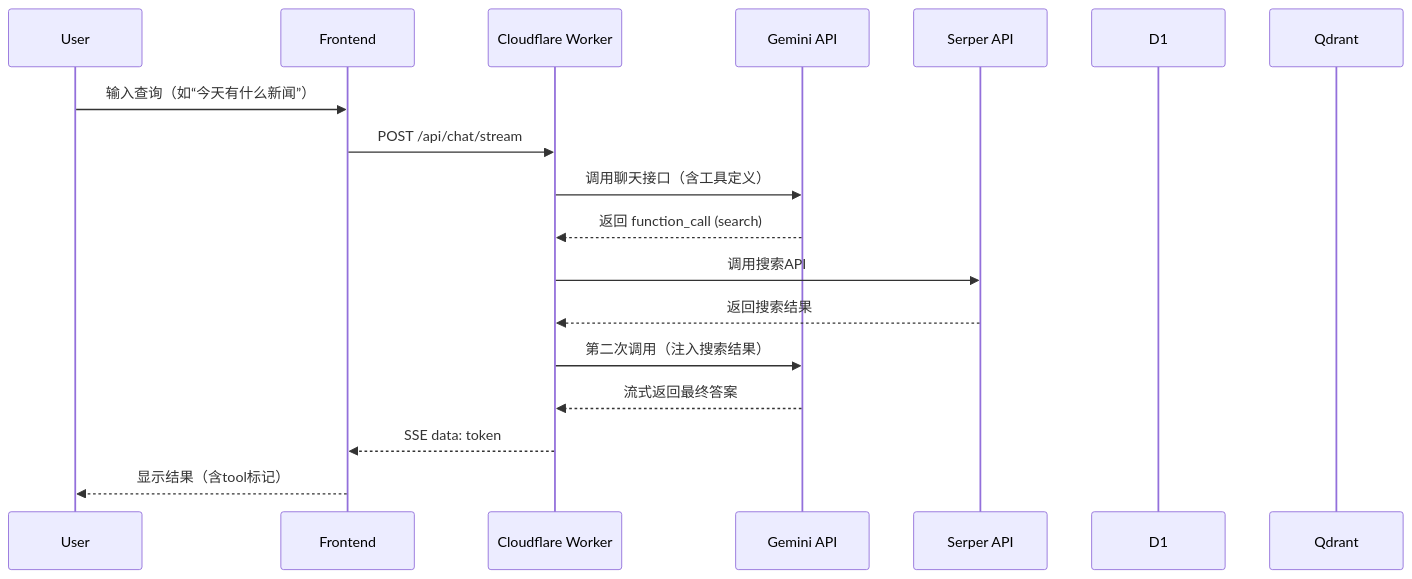
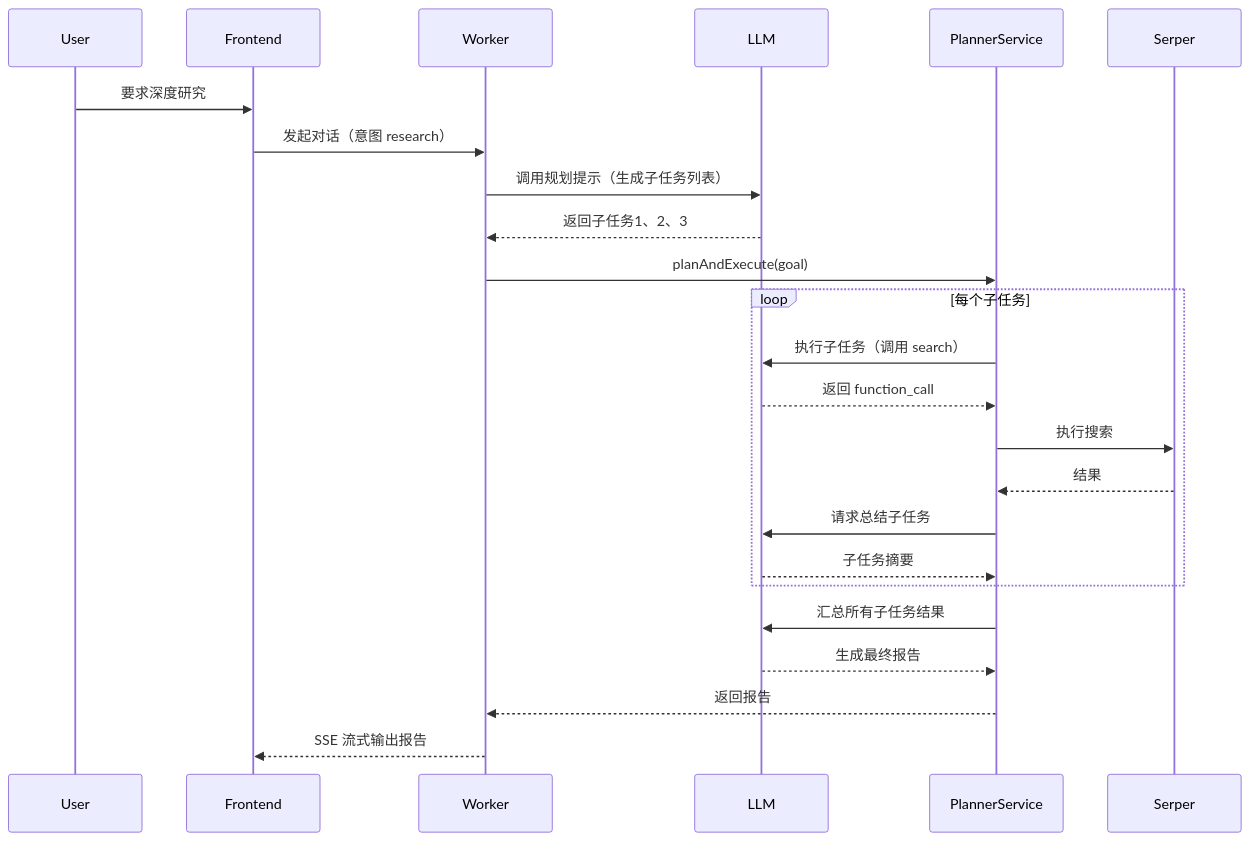
One commit to jackforest2014/ai_bot_jsa changed the third of 6 diagrams in docs/technical/tech_design_ai_bot_v1_2.md. Above: the diagram before and after it, drawn with Mermaid. The commit also changed other lines of this file and 2 other files, not shown here.

````diff
--- a/docs/technical/tech_design_ai_bot_v1_2.md
+++ b/docs/technical/tech_design_ai_bot_v1_2.md
@@ -1199,21 +1698,27 @@
 ```mermaid
 sequenceDiagram
     participant User
     participant Frontend
-    participant Worker as Cloudflare Worker
-    participant LLM as Gemini API
-    participant Serper as Serper API
-    participant D1
-    participant Qdrant
+    participant Worker
+    participant LLM
+    participant PlannerService
+    participant Serper
 
-    User->>Frontend: 输入查询（如“今天有什么新闻”）
-    Frontend->>Worker: POST /api/chat/stream
-    Worker->>LLM: 调用聊天接口（含工具定义）
-    LLM-->>Worker: 返回 function_call (search)
-    Worker->>Serper: 调用搜索API
-    Serper-->>Worker: 返回搜索结果
-    Worker->>LLM: 第二次调用（注入搜索结果）
-    LLM-->>Worker: 流式返回最终答案
-    Worker-->>Frontend: SSE data: token
-    Frontend-->>User: 显示结果（含tool标记）
+    User->>Frontend: 要求深度研究
+    Frontend->>Worker: 发起对话（意图 research）
+    Worker->>LLM: 调用规划提示（生成子任务列表）
+    LLM-->>Worker: 返回子任务1、2、3
+    Worker->>PlannerService: planAndExecute(goal)
+    loop 每个子任务
+        PlannerService->>LLM: 执行子任务（调用 search）
+        LLM-->>PlannerService: 返回 function_call
+        PlannerService->>Serper: 执行搜索
+        Serper-->>PlannerService: 结果
+        PlannerService->>LLM: 请求总结子任务
+        LLM-->>PlannerService: 子任务摘要
+    end
+    PlannerService->>LLM: 汇总所有子任务结果
+    LLM-->>PlannerService: 生成最终报告
+    PlannerService-->>Worker: 返回报告
+    Worker-->>Frontend: SSE 流式输出报告
 ```
````
